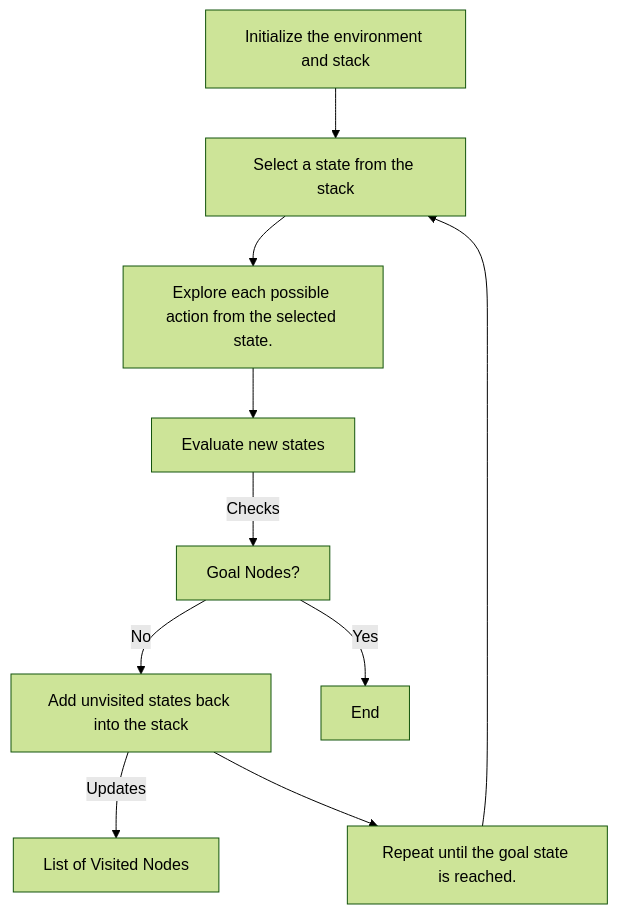
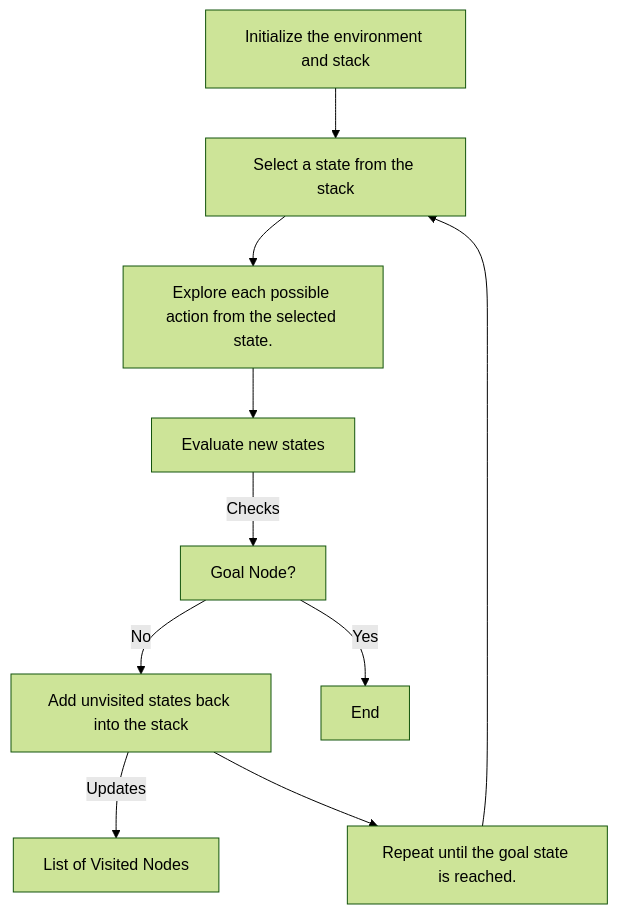
The second of 3 diagrams in README.md (NosrevytsNg/Taxi-v3-Search-Agent), drawn with Mermaid (forest theme) before and after one commit. The commit also changed other lines of this file, not shown here.

Commit message:
Update flowchart

````diff
--- a/README.md
+++ b/README.md
@@ -118,14 +118,14 @@
 ```mermaid
 flowchart TD
 
 A[Initialize the environment and stack]
 A --> B[Select a state from the stack]
 B --> C[Explore each possible action from the selected state.]
 C --> D[Evaluate new states]
-D --> |Checks| Y[Goal Nodes?]
+D --> |Checks| Y[Goal Node?]
 Y -->|No| E[Add unvisited states back into the stack]
 Y -->|Yes| X[End]
 E --> |Updates| W[List of Visited Nodes]
 E --> F[Repeat until the goal state is reached.]
 F --> B
 ```
````
